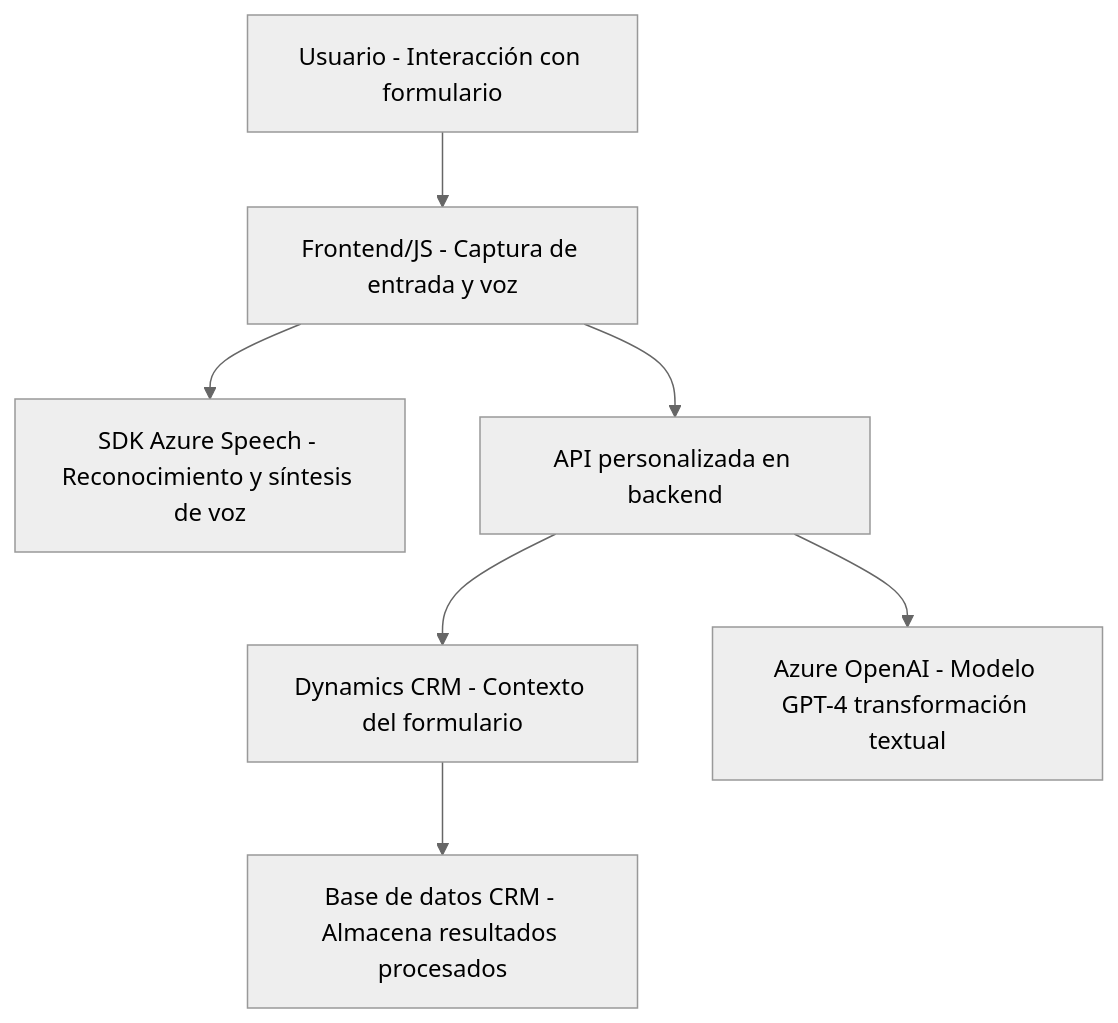
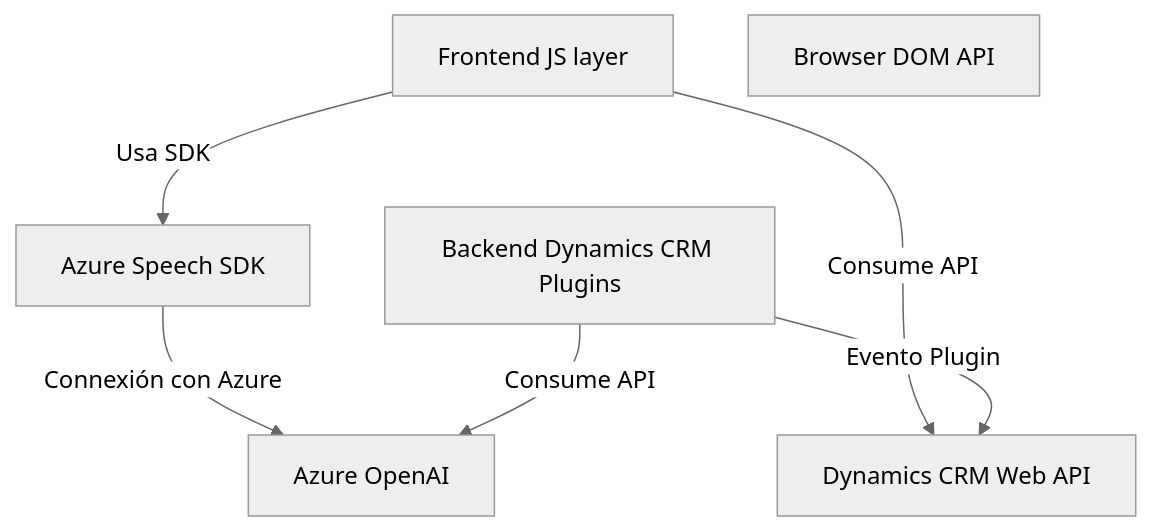
The diagram in README.md (blopezdm/NETCORE_BILBAO2025), drawn with Mermaid (neutral theme) before and after one commit. The commit also changed other lines of this file, not shown here.

Commit message:
Actualizar análisis global de la solución con IA

````diff
--- a/README.md
+++ b/README.md
@@ -46,17 +34,15 @@
 ```mermaid
 graph TD
-    A["Usuario - Interacción con formulario"]
-    B["Frontend/JS - Captura de entrada y voz"]
-    C["SDK Azure Speech - Reconocimiento y síntesis de voz"]
-    D["API personalizada en backend"]
-    E["Dynamics CRM - Contexto del formulario"]
-    F["Azure OpenAI - Modelo GPT-4 transformación textual"]
-    G["Base de datos CRM - Almacena resultados procesados"]
-
-    A --> B
-    B --> C
-    B --> D
-    D --> E
-    D --> F
-    E --> G
+    A["Frontend JS layer"]
+    B["Backend Dynamics CRM Plugins"]
+    C["Browser DOM API"]
+    D["Azure Speech SDK"]
+    E["Azure OpenAI"]
+    F["Dynamics CRM Web API"]
+    
+    A -->|Usa SDK| D
+    A -->|Consume API| F
+    D -->|Connexión con Azure| E
+    B -->|Consume API| E
+    B -->|Evento Plugin| F
 ```
````
